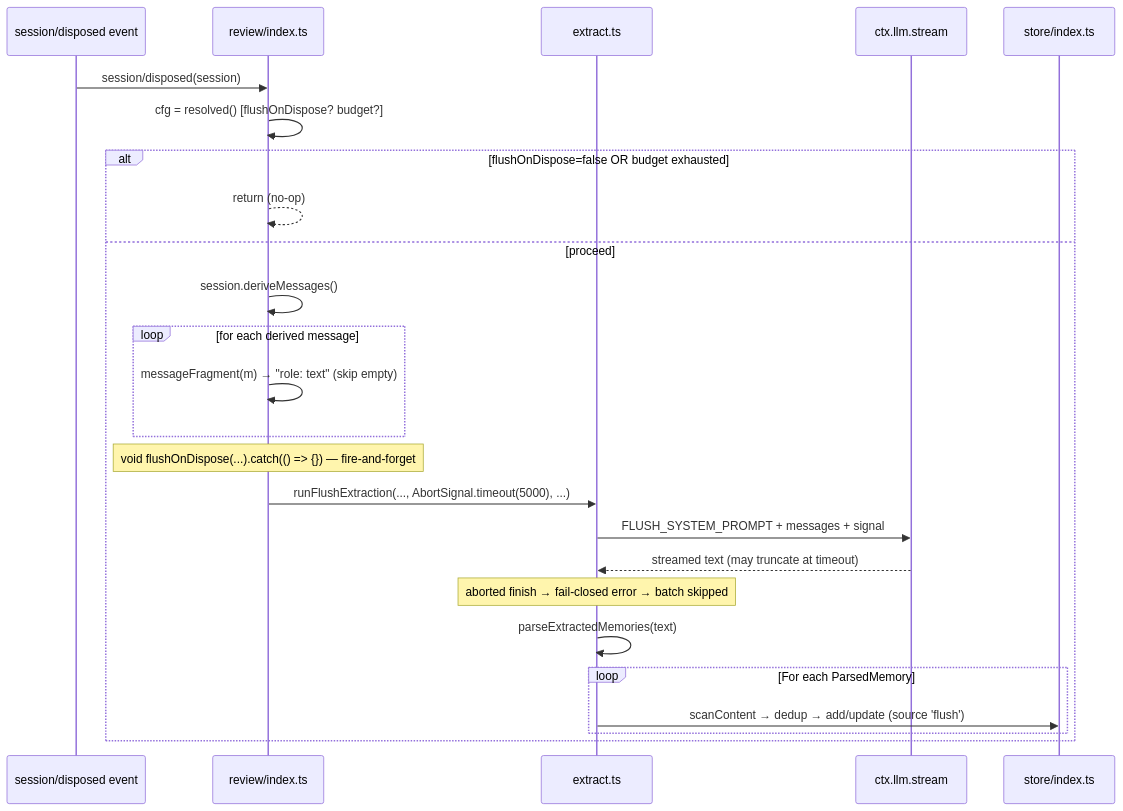
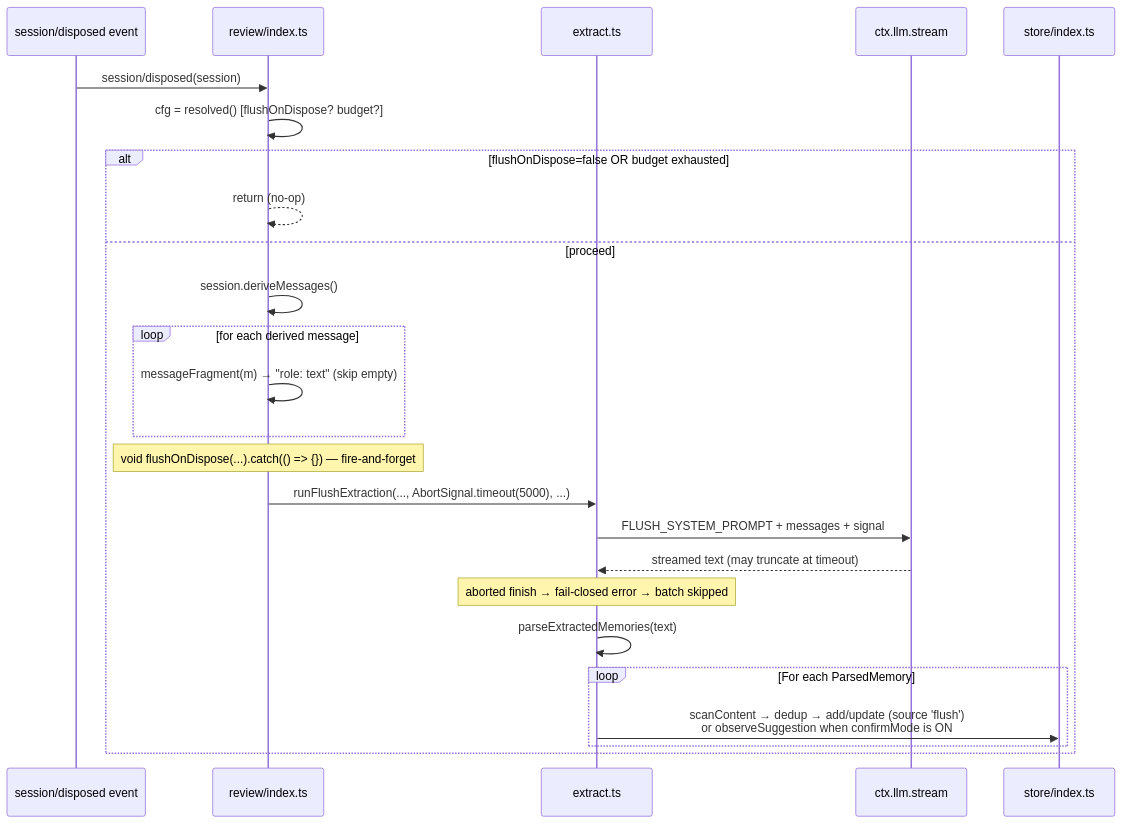
Before and after one commit to chenhw7/dsh-memory: the sixth of 14 diagrams in docs/SEQUENCE_DIAGRAMS.md, drawn with Mermaid. The commit also changed other lines of this file and 2 other files, not shown here.

First line of the commit message:
docs: sync README / TECH_DESIGN / SEQUENCE_DIAGRAMS with the v0.5.0 implementation

````diff
--- a/docs/SEQUENCE_DIAGRAMS.md
+++ b/docs/SEQUENCE_DIAGRAMS.md
@@ -286,30 +302,30 @@
 ```mermaid
 sequenceDiagram
     participant SE as session/disposed event
     participant Review as review/index.ts
     participant Ext as extract.ts
     participant LLM as ctx.llm.stream
     participant Store as store/index.ts
 
     SE->>Review: session/disposed(session)
     Review->>Review: cfg = resolved() [flushOnDispose? budget?]
     alt flushOnDispose=false OR budget exhausted
         Review-->>Review: return (no-op)
     else proceed
         Review->>Review: session.deriveMessages()
         loop for each derived message
             Review->>Review: messageFragment(m) → "role: text" (skip empty)
         end
         Note over Review: void flushOnDispose(...).catch(() => {}) — fire-and-forget
 
         Review->>Ext: runFlushExtraction(..., AbortSignal.timeout(5000), ...)
         Ext->>LLM: FLUSH_SYSTEM_PROMPT + messages + signal
         LLM-->>Ext: streamed text (may truncate at timeout)
         Note over Ext: aborted finish → fail-closed error → batch skipped
         Ext->>Ext: parseExtractedMemories(text)
 
         loop For each ParsedMemory
-            Ext->>Store: scanContent → dedup → add/update (source 'flush')
+            Ext->>Store: scanContent → dedup → add/update (source 'flush')<br/>or observeSuggestion when confirmMode is ON
         end
     end
 ```
````
